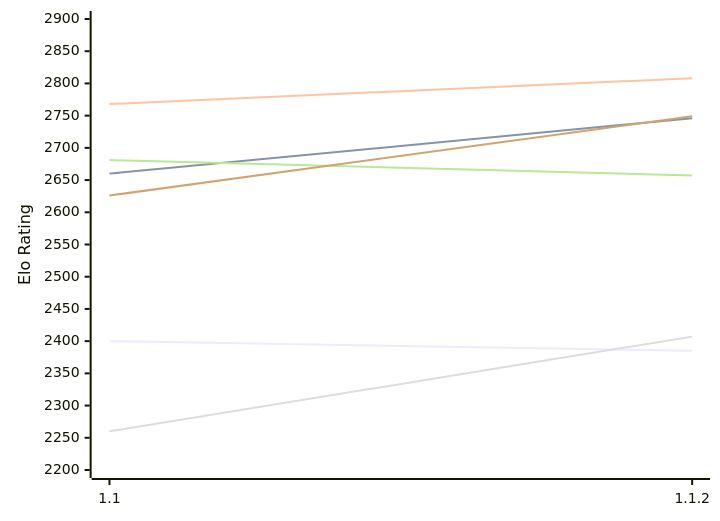
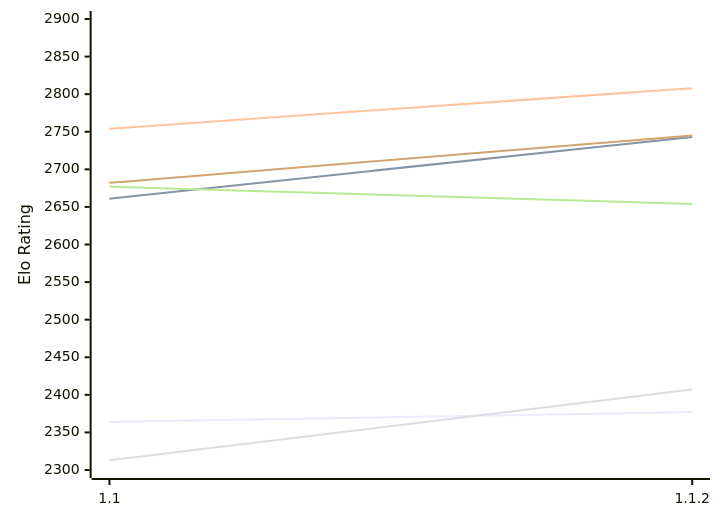
The first of 2 diagrams in engines/Casanchess.md (computer-chess-index/cci), drawn with Mermaid before and after one commit. The commit also changed other lines of this file, not shown here.

Commit message:
Update CCI Ratings (ELO VLTC) - 2026-11-15

````diff
--- a/engines/Casanchess.md
+++ b/engines/Casanchess.md
@@ -51,12 +51,12 @@
 ```mermaid
 %%{init: {"theme":"base","themeVariables":{"seriesColors:['#a3a3a3','#222221','#faa371']}}}%%
 xychart-beta
   x-axis ["1.1", "1.1.2"]
-  y-axis "Elo Rating" 2200 --> 2900
-  line "E1: STC (8.0+0.08s)" [2400, 2385]
-  line "E1: LTC (60.0+0.60s)" [2660, 2746]
-  line "E1: VLTC (2m24s+1.12s)" [2768, 2808]
-  line "P1: STC (8.0+0.08s)" [2260, 2407]
-  line "P1: LTC (60.0+0.60s)" [2681, 2657]
-  line "P1: VLTC (2m24s+1.12s)" [2626, 2749]
+  y-axis "Elo Rating" 2300 --> 2900
+  line "E1: STC (8.0+0.08s)" [2364, 2377]
+  line "E1: LTC (60.0+0.60s)" [2661, 2743]
+  line "E1: VLTC (2m24s+1.12s)" [2754, 2808]
+  line "P1: STC (8.0+0.08s)" [2313, 2407]
+  line "P1: LTC (60.0+0.60s)" [2677, 2654]
+  line "P1: VLTC (2m24s+1.12s)" [2682, 2745]
 ```
````
